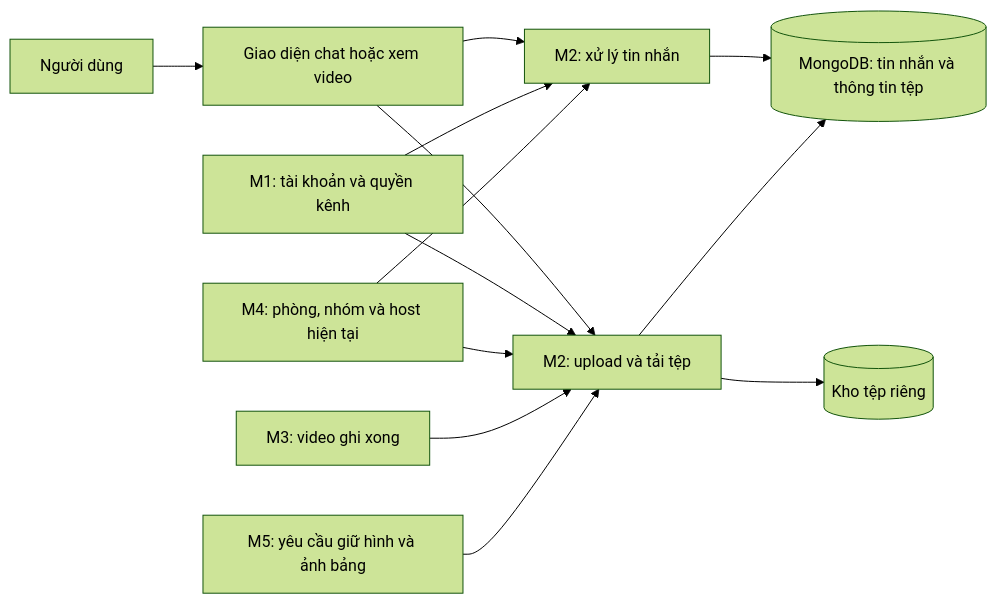
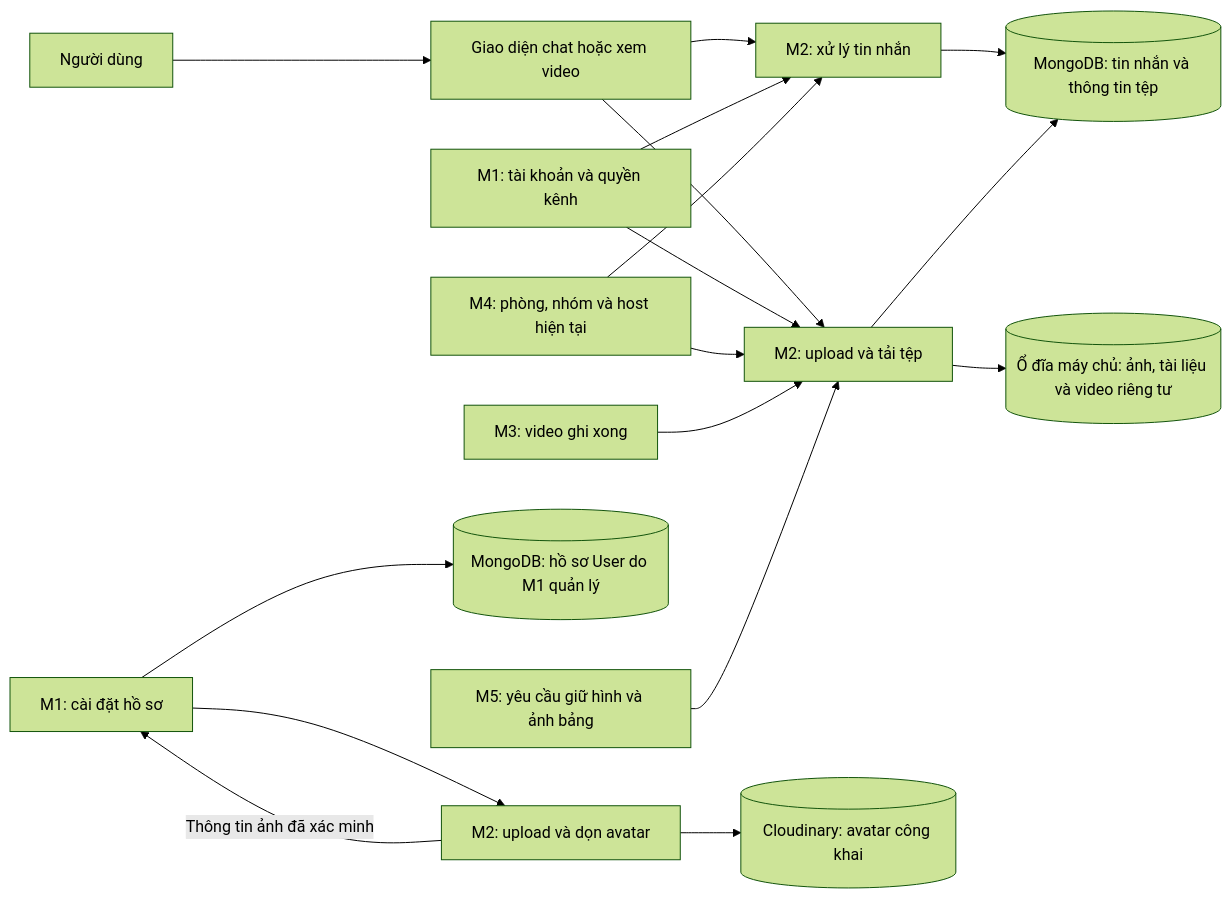
One commit to Lightning1507/CoLearnia changed the first of 2 diagrams in docs/proposals/m2-messaging-files.md. Above: the diagram before and after it, drawn with Mermaid (forest theme). The commit also changed other lines of this file, not shown here.

````diff
--- a/docs/proposals/m2-messaging-files.md
+++ b/docs/proposals/m2-messaging-files.md
@@ -61,15 +65,19 @@
 ```mermaid
 flowchart LR
   User[Người dùng] --> UI[Giao diện chat hoặc xem video]
   UI --> Chat[M2: xử lý tin nhắn]
   UI --> File[M2: upload và tải tệp]
   M1[M1: tài khoản và quyền kênh] --> Chat
   M1 --> File
   M4[M4: phòng, nhóm và host hiện tại] --> Chat
   M4 --> File
   Chat --> DB[(MongoDB: tin nhắn và thông tin tệp)]
   File --> DB
-  File --> Store[(Kho tệp riêng)]
+  File --> Store[(Ổ đĩa máy chủ: ảnh, tài liệu và video riêng tư)]
+  Profile[M1: cài đặt hồ sơ] --> Avatar[M2: upload và dọn avatar]
+  Avatar --> Cloud[(Cloudinary: avatar công khai)]
+  Avatar -->|Thông tin ảnh đã xác minh| Profile
+  Profile --> UserDB[(MongoDB: hồ sơ User do M1 quản lý)]
   M3[M3: video ghi xong] --> File
   M5[M5: yêu cầu giữ hình và ảnh bảng] --> File
 ```
````
